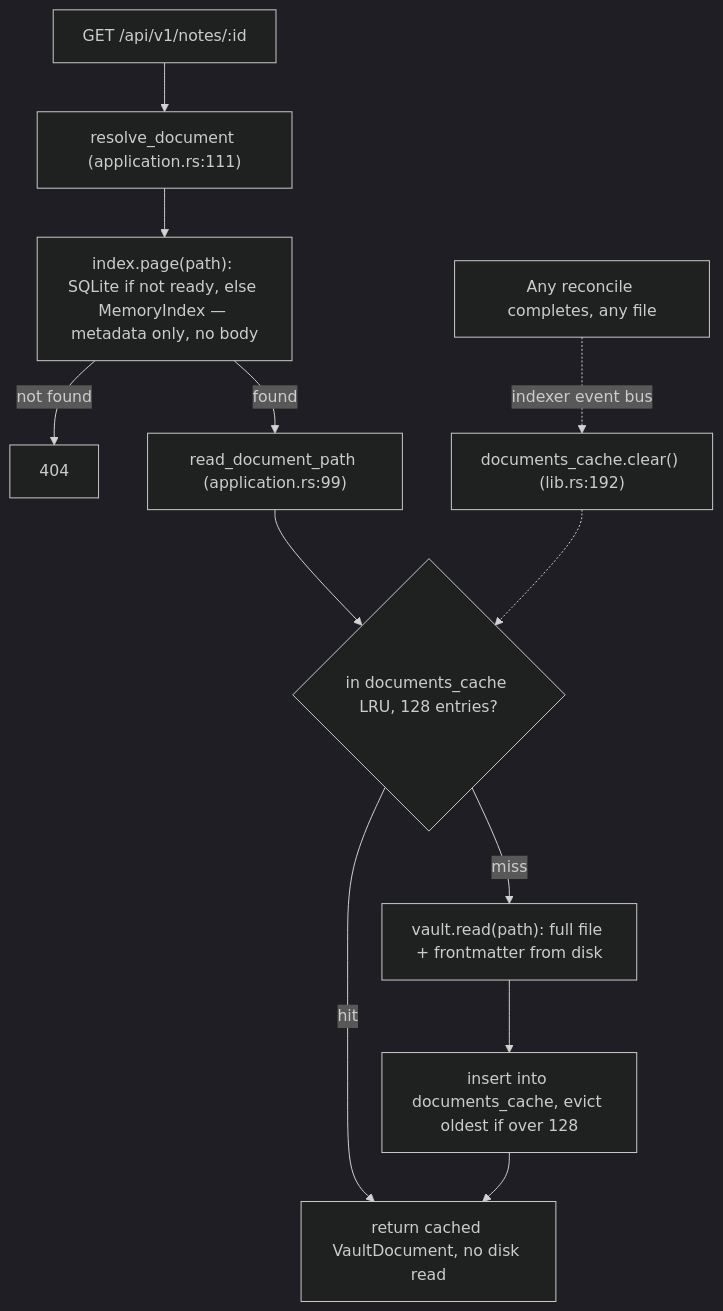
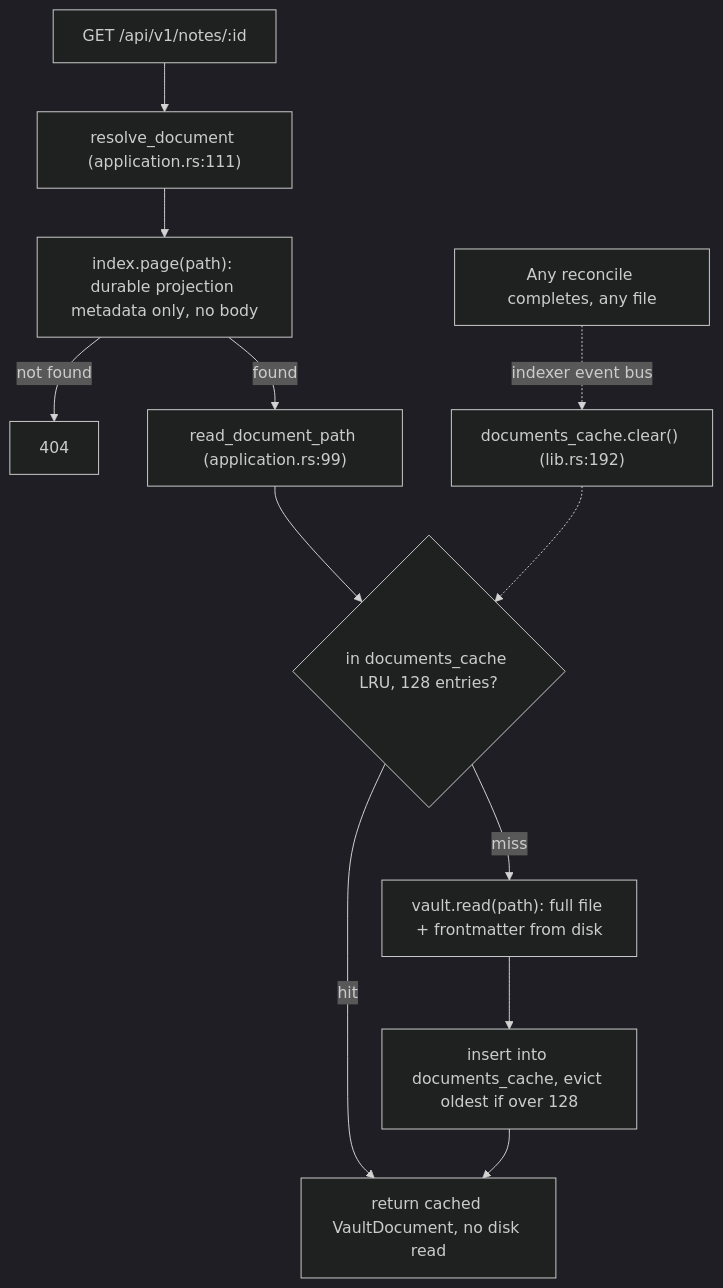
Before and after one commit to azusachino/miku: the second of 2 diagrams in miku_docs/architecture.md, drawn with Mermaid (dark theme). The commit also changed other lines of this file and 25 other files, not shown here.

````diff
--- a/miku_docs/architecture.md
+++ b/miku_docs/architecture.md
@@ -177,15 +177,15 @@
 ```mermaid
 flowchart TD
     A["GET /api/v1/notes/:id"] --> B["resolve_document (application.rs:111)"]
-    B --> C["index.page(path): SQLite if not ready, else MemoryIndex — metadata only, no body"]
+    B --> C["index.page(path): durable projection metadata only, no body"]
     C -->|not found| D[404]
     C -->|found| E["read_document_path (application.rs:99)"]
     E --> F{in documents_cache LRU, 128 entries?}
     F -->|hit| G[return cached VaultDocument, no disk read]
     F -->|miss| H["vault.read(path): full file + frontmatter from disk"]
     H --> I[insert into documents_cache, evict oldest if over 128]
     I --> G
 
     J[Any reconcile completes, any file] -.->|indexer event bus| K["documents_cache.clear() (lib.rs:192)"]
     K -.-> F
 ```
````
